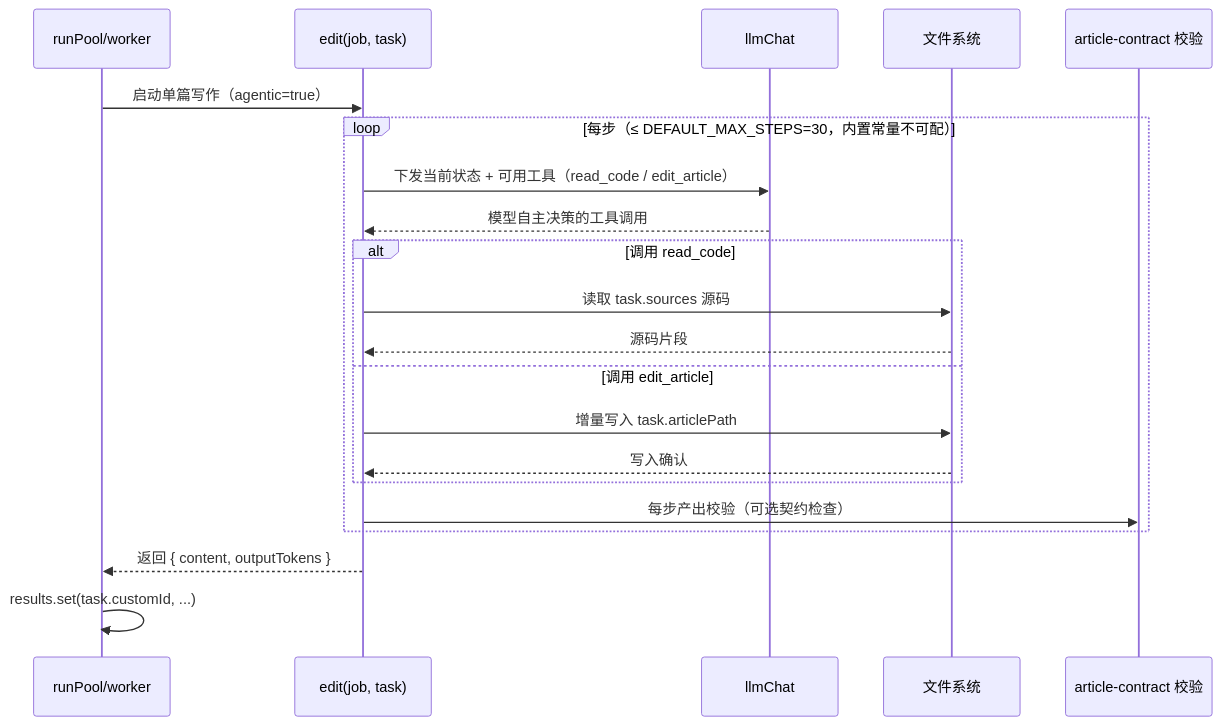
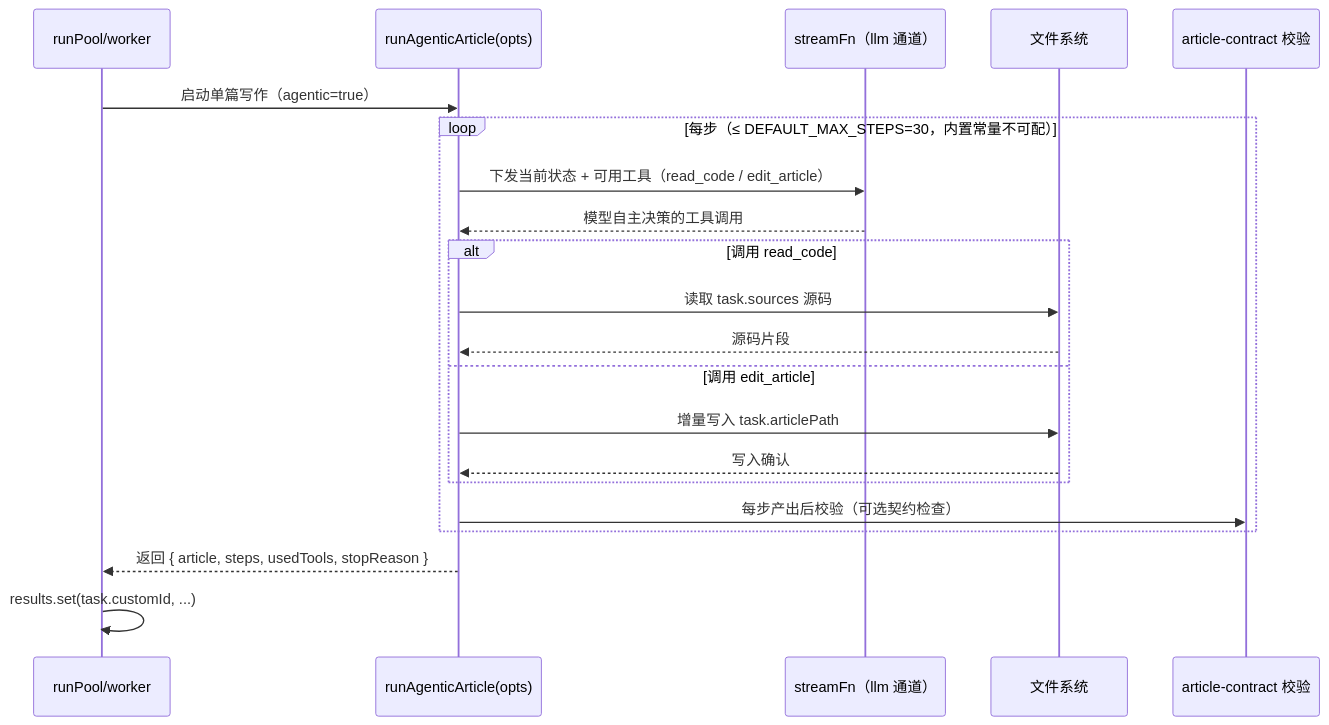
One commit to ikliml666/dsh-codewiki changed the third of 4 diagrams in .codewiki/_native-state/docs/agentic_support/agentic_support_tooling.md. Above: the diagram before and after it, drawn with Mermaid. The commit also changed other lines of this file and 19 other files, not shown here.

````diff
--- a/.codewiki/_native-state/docs/agentic_support/agentic_support_tooling.md
+++ b/.codewiki/_native-state/docs/agentic_support/agentic_support_tooling.md
@@ -100,24 +100,24 @@
 ```mermaid
 sequenceDiagram
     participant Pool as runPool/worker
-    participant Edit as edit(job, task)
-    participant LLM as llmChat
+    participant Edit as runAgenticArticle(opts)
+    participant LLM as streamFn（llm 通道）
     participant FS as 文件系统
     participant Gate as article-contract 校验
 
     Pool->>Edit: 启动单篇写作（agentic=true）
     loop 每步（≤ DEFAULT_MAX_STEPS=30，内置常量不可配）
         Edit->>LLM: 下发当前状态 + 可用工具（read_code / edit_article）
         LLM-->>Edit: 模型自主决策的工具调用
         alt 调用 read_code
             Edit->>FS: 读取 task.sources 源码
             FS-->>Edit: 源码片段
         else 调用 edit_article
             Edit->>FS: 增量写入 task.articlePath
             FS-->>Edit: 写入确认
         end
-        Edit->>Gate: 每步产出校验（可选契约检查）
+        Edit->>Gate: 每步产出后校验（可选契约检查）
     end
-    Edit-->>Pool: 返回 { content, outputTokens }
+    Edit-->>Pool: 返回 { article, steps, usedTools, stopReason }
     Pool->>Pool: results.set(task.customId, ...)
 ```
````
